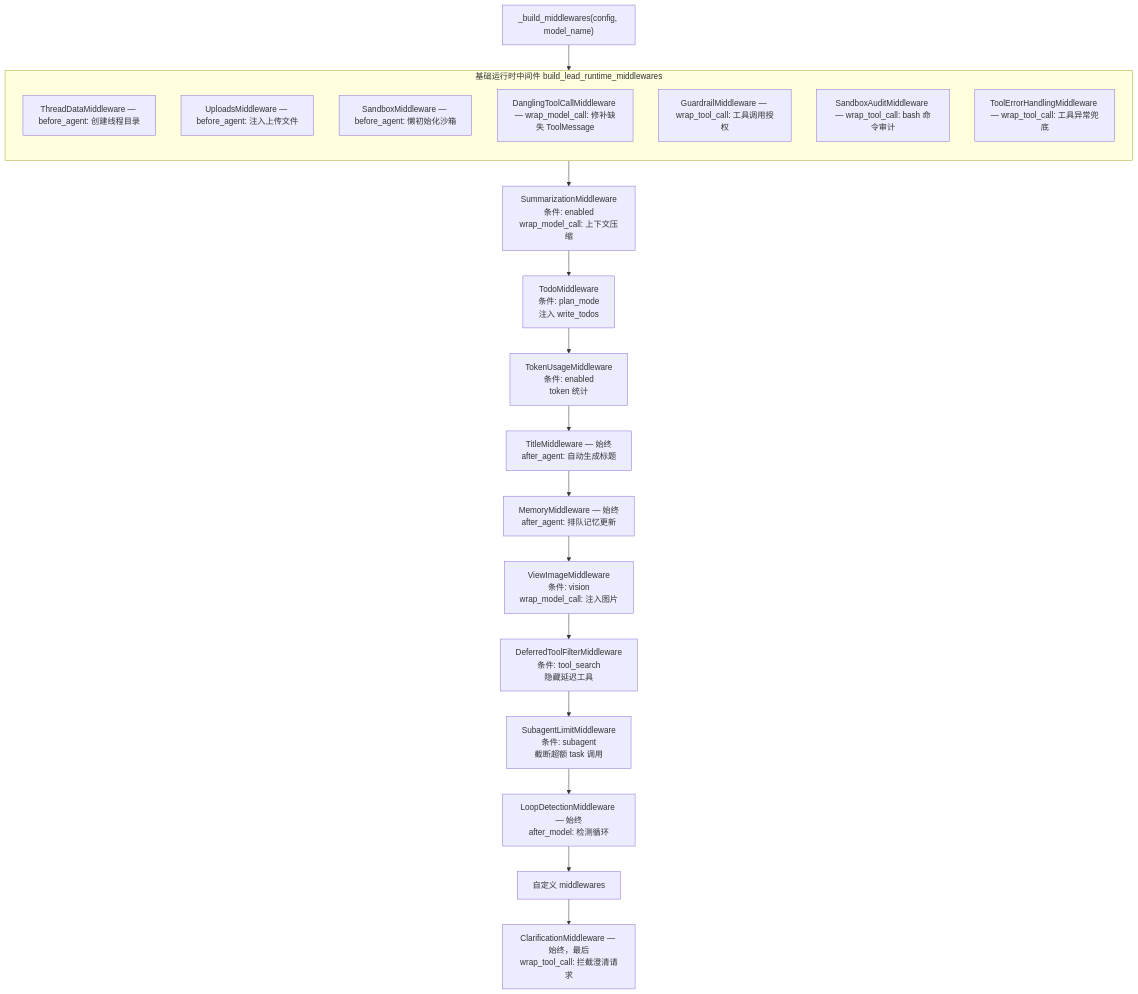
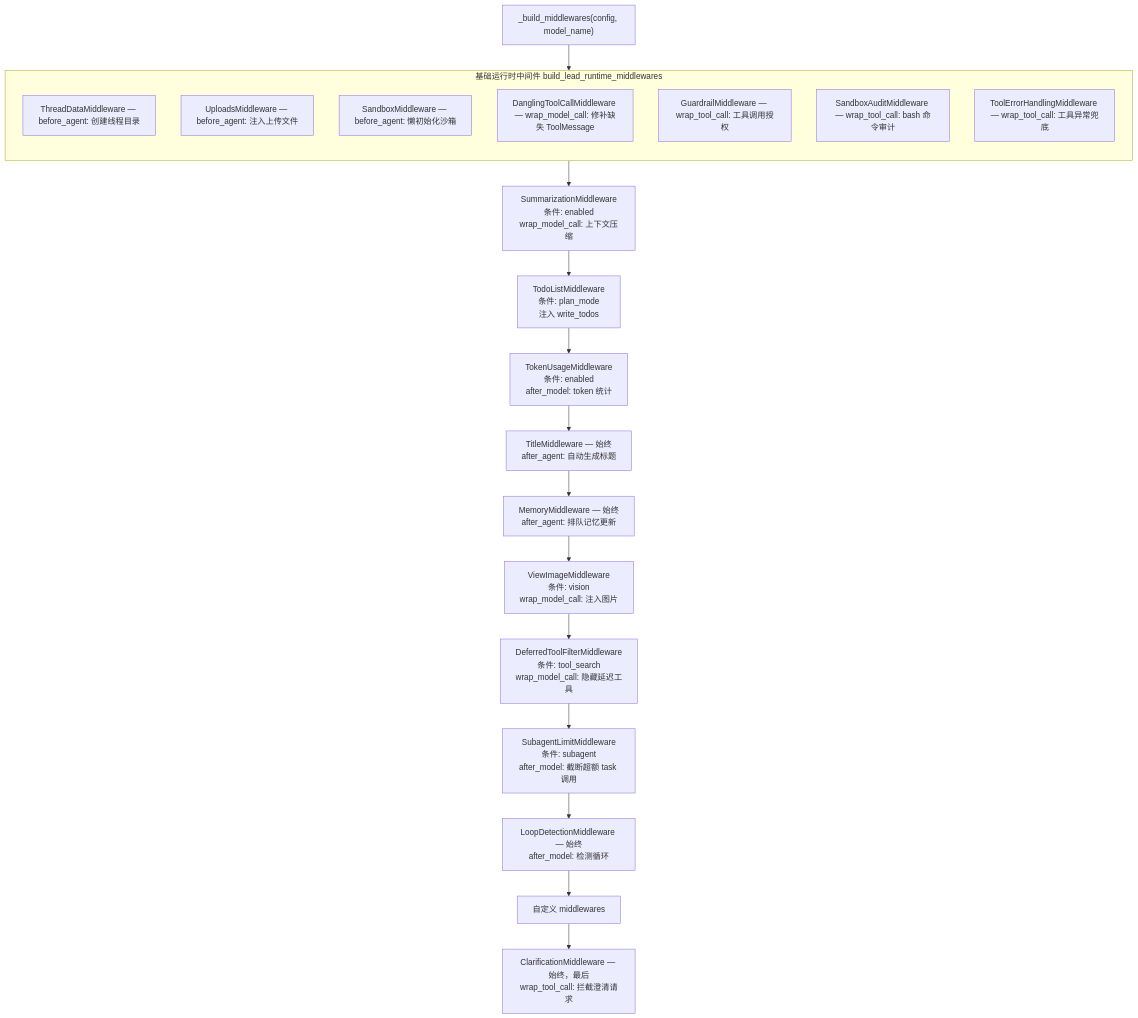
One commit to hata33/deer-flow changed the eighth of 14 diagrams in deer-flow-main/docs/步骤/003-core.md. Above: the diagram before and after it, drawn with Mermaid. The commit also changed other lines of this file and 19 other files, not shown here.

First line of the commit message:
docs(flow): 重构步骤文档目录结构并完善代理工厂设计文档

````diff
--- a/deer-flow-main/docs/步骤/003-core.md
+++ b/deer-flow-main/docs/步骤/003-core.md
@@ -248,29 +248,29 @@
 ```mermaid
 flowchart TD
     BM["_build_middlewares(config, model_name)"]
 
     subgraph BASE["基础运行时中间件 build_lead_runtime_middlewares"]
         direction TB
         M1["ThreadDataMiddleware — before_agent: 创建线程目录"]
         M2["UploadsMiddleware — before_agent: 注入上传文件"]
         M3["SandboxMiddleware — before_agent: 懒初始化沙箱"]
         M4["DanglingToolCallMiddleware — wrap_model_call: 修补缺失 ToolMessage"]
         M5["GuardrailMiddleware — wrap_tool_call: 工具调用授权"]
         M6["SandboxAuditMiddleware — wrap_tool_call: bash 命令审计"]
         M7["ToolErrorHandlingMiddleware — wrap_tool_call: 工具异常兜底"]
     end
 
     BM --> BASE
 
     BASE --> M8["SummarizationMiddleware\n条件: enabled\nwrap_model_call: 上下文压缩"]
-    M8 --> M9["TodoMiddleware\n条件: plan_mode\n注入 write_todos"]
-    M9 --> M10["TokenUsageMiddleware\n条件: enabled\ntoken 统计"]
+    M8 --> M9["TodoListMiddleware\n条件: plan_mode\n注入 write_todos"]
+    M9 --> M10["TokenUsageMiddleware\n条件: enabled\nafter_model: token 统计"]
     M10 --> M11["TitleMiddleware — 始终\nafter_agent: 自动生成标题"]
     M11 --> M12["MemoryMiddleware — 始终\nafter_agent: 排队记忆更新"]
     M12 --> M13["ViewImageMiddleware\n条件: vision\nwrap_model_call: 注入图片"]
-    M13 --> M14["DeferredToolFilterMiddleware\n条件: tool_search\n隐藏延迟工具"]
-    M14 --> M15["SubagentLimitMiddleware\n条件: subagent\n截断超额 task 调用"]
+    M13 --> M14["DeferredToolFilterMiddleware\n条件: tool_search\nwrap_model_call: 隐藏延迟工具"]
+    M14 --> M15["SubagentLimitMiddleware\n条件: subagent\nafter_model: 截断超额 task 调用"]
     M15 --> M16["LoopDetectionMiddleware — 始终\nafter_model: 检测循环"]
     M16 --> M17["自定义 middlewares"]
     M17 --> M18["ClarificationMiddleware — 始终，最后\nwrap_tool_call: 拦截澄清请求"]
 ```
````
